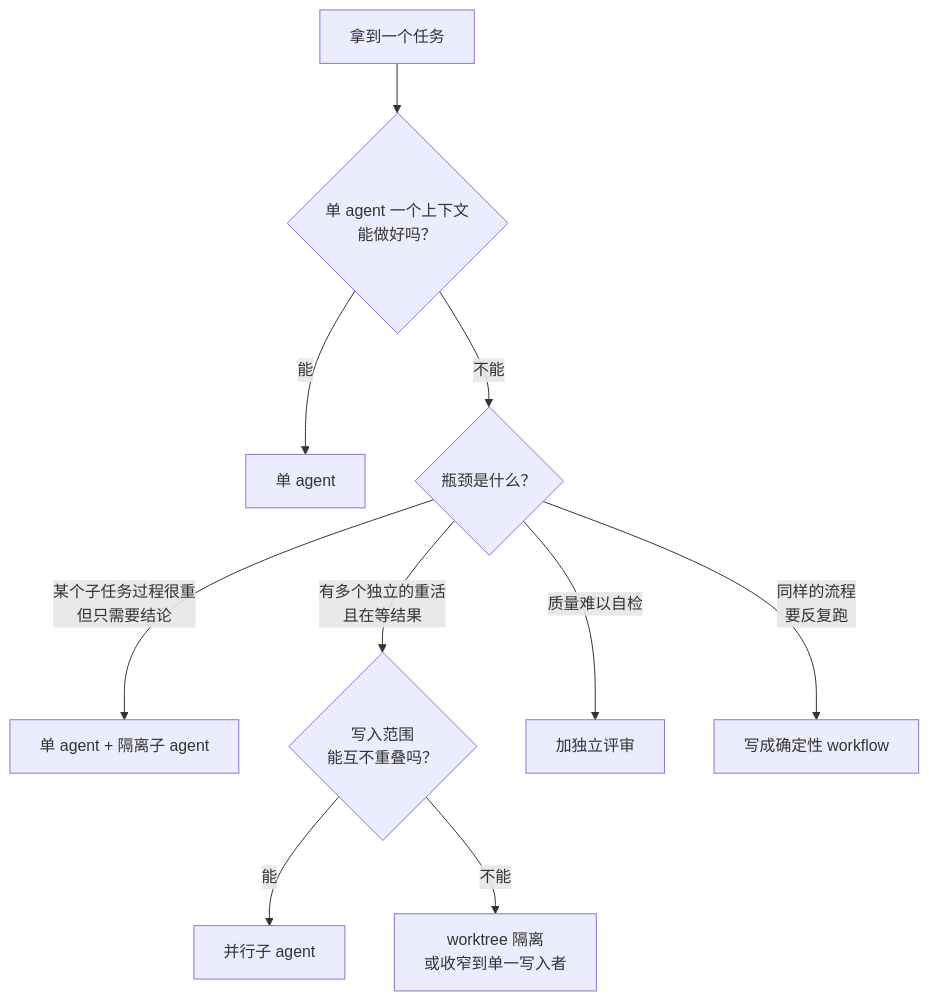
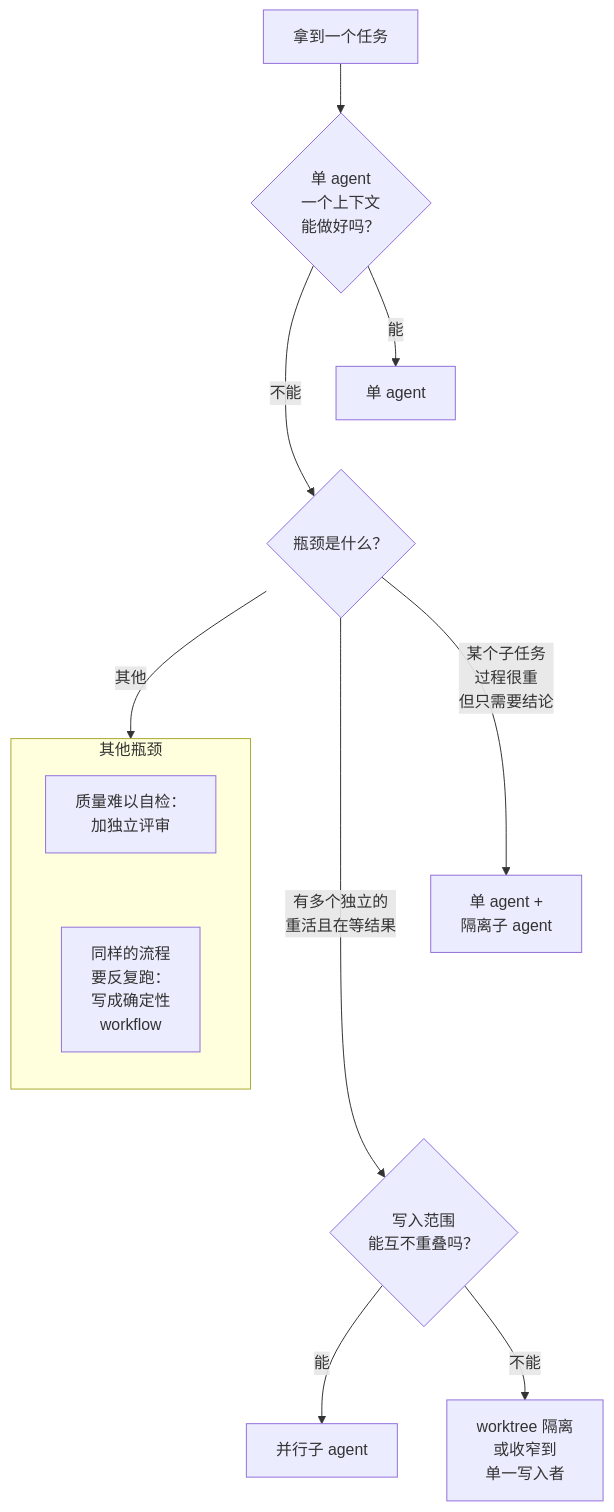
One commit to jarvis-pro/hatch-shelf changed the diagram in books/multi-agent/01-when-multi-agent.md. Above: the diagram before and after it, drawn with Mermaid. The commit also changed 432 other files, not shown here.

````diff
--- a/books/multi-agent/01-when-multi-agent.md
+++ b/books/multi-agent/01-when-multi-agent.md
@@ -107,12 +107,17 @@
 ```mermaid
 flowchart TD
-  A["拿到一个任务"] --> B{"单 agent 一个上下文<br/>能做好吗？"}
+  A["拿到一个任务"] --> B{"单 agent<br/>一个上下文<br/>能做好吗？"}
   B -->|"能"| S["单 agent"]
   B -->|"不能"| C{"瓶颈是什么？"}
-  C -->|"某个子任务过程很重<br/>但只需要结论"| D["单 agent + 隔离子 agent"]
-  C -->|"有多个独立的重活<br/>且在等结果"| E{"写入范围<br/>能互不重叠吗？"}
+  C -->|"某个子任务<br/>过程很重<br/>但只需要结论"| D["单 agent +<br/>隔离子 agent"]
+  C -->|"有多个独立的<br/>重活且在等结果"| E{"写入范围<br/>能互不重叠吗？"}
   E -->|"能"| F["并行子 agent"]
-  E -->|"不能"| G["worktree 隔离<br/>或收窄到单一写入者"]
-  C -->|"质量难以自检"| H["加独立评审"]
-  C -->|"同样的流程<br/>要反复跑"| I["写成确定性 workflow"]
+  E -->|"不能"| G["worktree 隔离<br/>或收窄到<br/>单一写入者"]
+  C -->|"其他"| OTH
+  subgraph OTH["其他瓶颈"]
+    direction TB
+    H["质量难以自检：<br/>加独立评审"] ~~~ I["同样的流程<br/>要反复跑：<br/>写成确定性<br/>workflow"]
+  end
+  S ~~~ C
+  D ~~~ E
 ```
````
